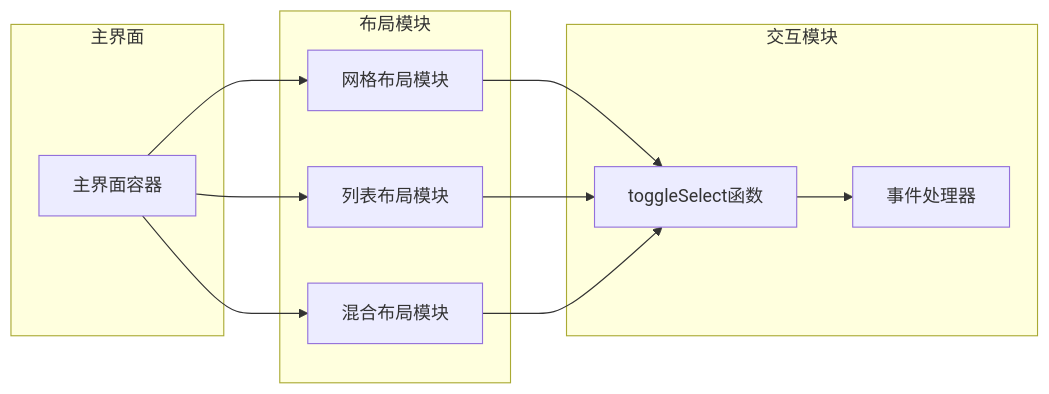
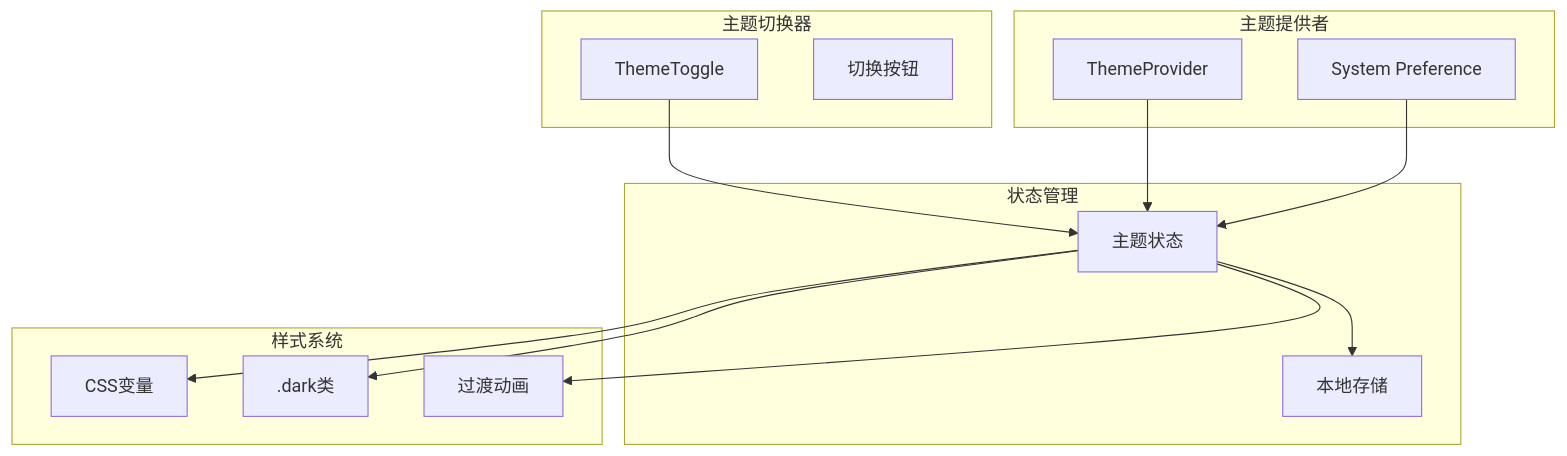
Before and after one commit to huanglixinccc/next-demo-collection: the fifth of 5 diagrams in .qoder/repowiki/zh/content/快速开始.md, drawn with Mermaid. The commit also changed other lines of this file and 10 other files, not shown here.

````diff
--- a/.qoder/repowiki/zh/content/快速开始.md
+++ b/.qoder/repowiki/zh/content/快速开始.md
@@ -233,22 +288,27 @@
 ```mermaid
-graph LR
-subgraph "主界面"
-MainUI[主界面容器]
+graph TB
+subgraph "主题提供者"
+Provider[ThemeProvider]
+System[System Preference]
 end
-subgraph "布局模块"
-GridLayout[网格布局模块]
-ListLayout[列表布局模块]
-MixedLayout[混合布局模块]
+subgraph "主题切换器"
+Toggle[ThemeToggle]
+Button[切换按钮]
 end
-subgraph "交互模块"
-ToggleFunc[toggleSelect函数]
-EventHandlers[事件处理器]
+subgraph "状态管理"
+ThemeState[主题状态]
+LocalStorage[本地存储]
 end
-MainUI --> GridLayout
-MainUI --> ListLayout
-MainUI --> MixedLayout
-GridLayout --> ToggleFunc
-ListLayout --> ToggleFunc
-MixedLayout --> ToggleFunc
-ToggleFunc --> EventHandlers
+subgraph "样式系统"
+CSSVars[CSS变量]
+DarkClass[.dark类]
+Transitions[过渡动画]
+end
+Provider --> ThemeState
+Toggle --> ThemeState
+ThemeState --> CSSVars
+ThemeState --> DarkClass
+ThemeState --> Transitions
+ThemeState --> LocalStorage
+System --> ThemeState
 ```
````
